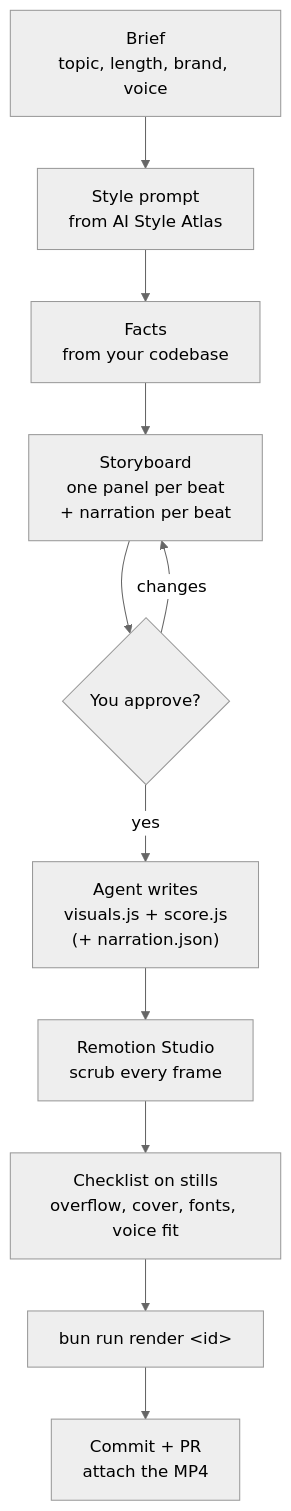
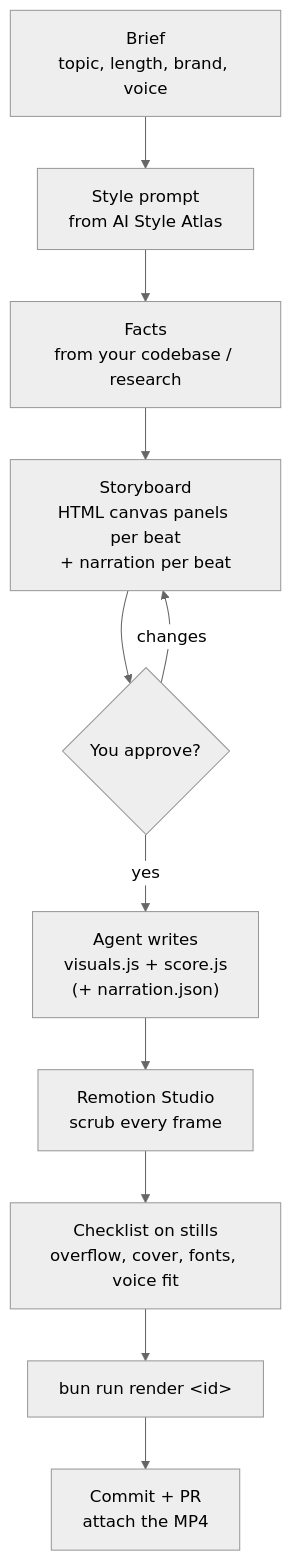
The first of 2 diagrams in README.md (3lVv0w/code-motion-skill), drawn with Mermaid (neutral theme) before and after one commit. The commit also changed other lines of this file and 62 other files, not shown here.

````diff
--- a/README.md
+++ b/README.md
@@ -21,13 +75,13 @@
 ```mermaid
 flowchart TD
   brief["Brief<br/>topic, length, brand, voice"] --> stylePrompt["Style prompt<br/>from AI Style Atlas"]
-  stylePrompt --> facts["Facts<br/>from your codebase"]
-  facts --> board["Storyboard<br/>one panel per beat<br/>+ narration per beat"]
+  stylePrompt --> facts["Facts<br/>from your codebase / research"]
+  facts --> board["Storyboard<br/>HTML canvas panels per beat<br/>+ narration per beat"]
   board --> ok{"You approve?"}
   ok -- "changes" --> board
   ok -- "yes" --> build["Agent writes<br/>visuals.js + score.js<br/>(+ narration.json)"]
   build --> studio["Remotion Studio<br/>scrub every frame"]
   studio --> check["Checklist on stills<br/>overflow, cover, fonts, voice fit"]
   check --> render["bun run render &lt;id&gt;"]
   render --> pr["Commit + PR<br/>attach the MP4"]
 ```
````
